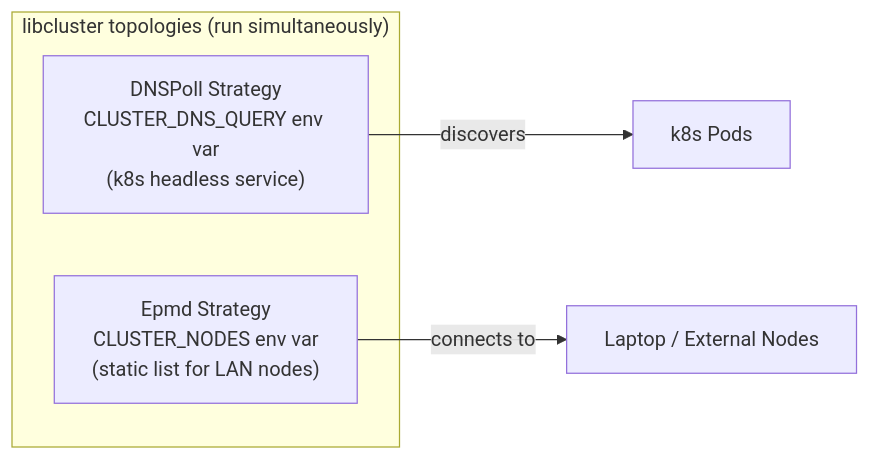
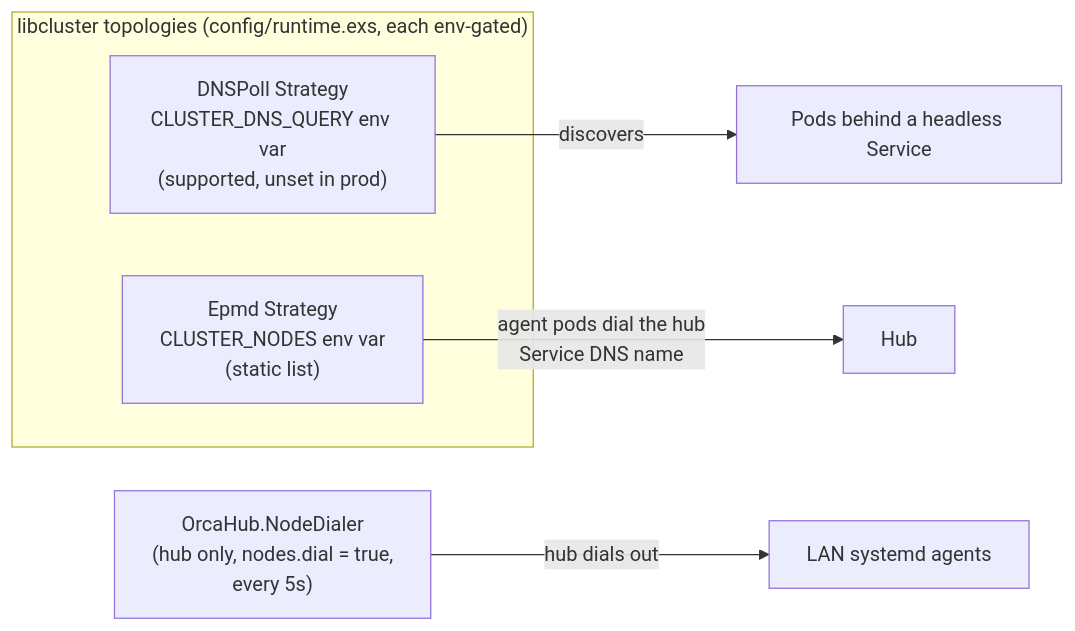
One commit to zingbretsen/orca_hub changed the sixth of 6 diagrams in .context/clustering.md. Above: the diagram before and after it, drawn with Mermaid. The commit also changed other lines of this file and 5 other files, not shown here.

````diff
--- a/.context/clustering.md
+++ b/.context/clustering.md
@@ -322,10 +320,12 @@
 ```mermaid
 graph LR
-    subgraph Strategies["libcluster topologies (run simultaneously)"]
-        DNS["DNSPoll Strategy<br/>CLUSTER_DNS_QUERY env var<br/>(k8s headless service)"]
-        EPMD["Epmd Strategy<br/>CLUSTER_NODES env var<br/>(static list for LAN nodes)"]
+    subgraph Strategies["libcluster topologies (config/runtime.exs, each env-gated)"]
+        DNS["DNSPoll Strategy<br/>CLUSTER_DNS_QUERY env var<br/>(supported, unset in prod)"]
+        EPMD["Epmd Strategy<br/>CLUSTER_NODES env var<br/>(static list)"]
     end
+    Dialer["OrcaHub.NodeDialer<br/>(hub only, nodes.dial = true,<br/>every 5s)"]
 
-    DNS -->|discovers| K8sPods["k8s Pods"]
-    EPMD -->|connects to| LaptopNode["Laptop / External Nodes"]
+    DNS -->|discovers| K8sPods["Pods behind a headless Service"]
+    EPMD -->|"agent pods dial the hub<br/>Service DNS name"| HubNode["Hub"]
+    Dialer -->|"hub dials out"| LanAgents["LAN systemd agents"]
 ```
````
